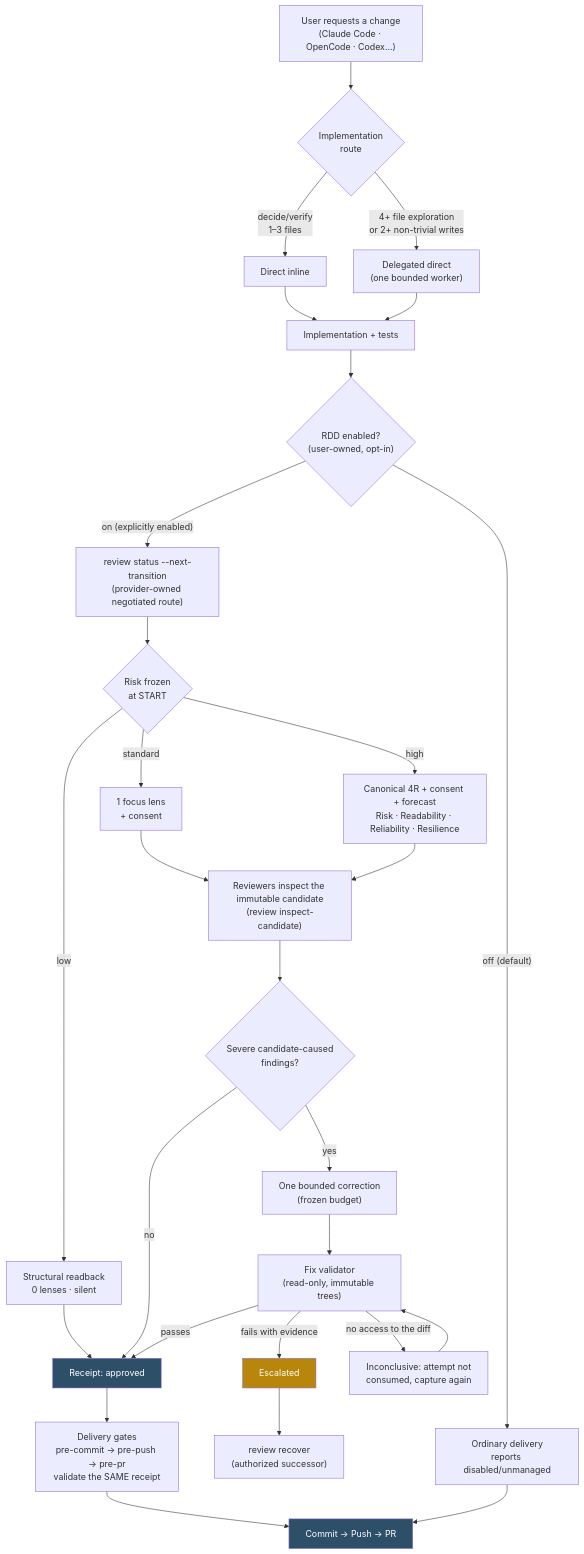
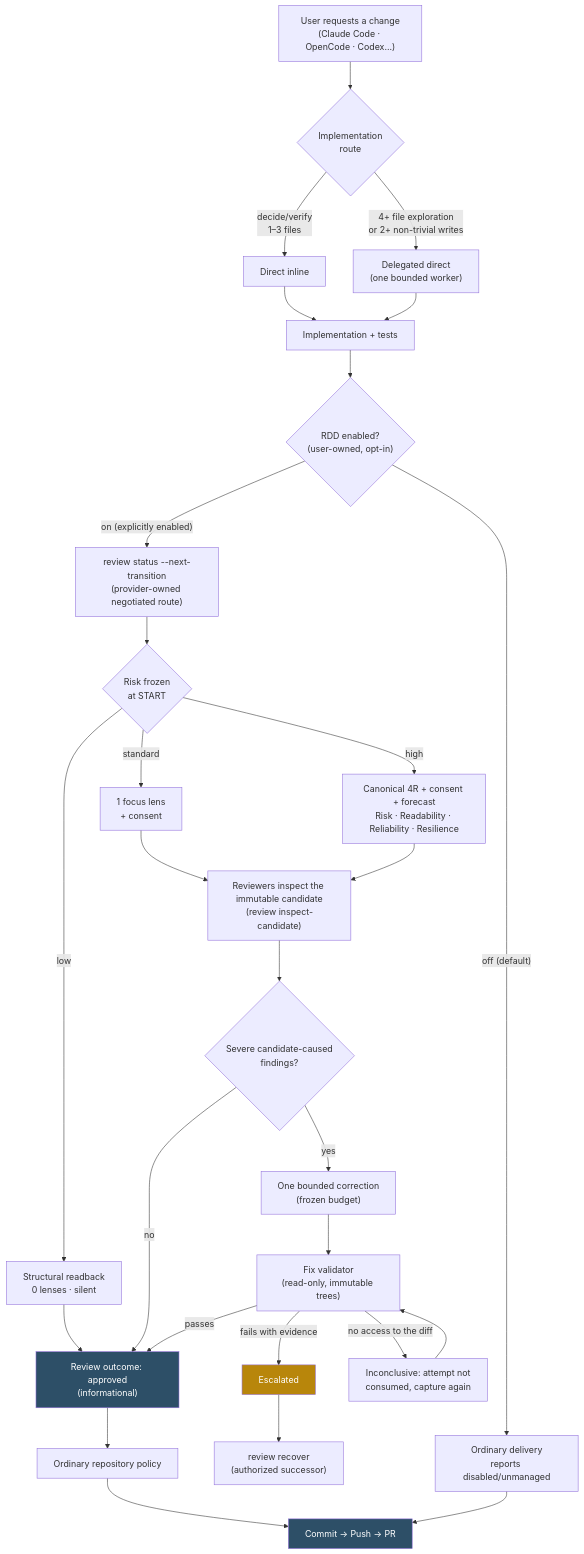
Before and after one commit to 0xErwin1/gentle-ai: the first of 2 diagrams in README.md, drawn with Mermaid. The commit also changed other lines of this file and 99 other files, not shown here.

````diff
--- a/README.md
+++ b/README.md
@@ -222,34 +222,34 @@
 ```mermaid
 flowchart TD
     A["User requests a change<br/>(Claude Code · OpenCode · Codex...)"] --> B{"Implementation<br/>route"}
     B -->|"decide/verify<br/>1–3 files"| C["Direct inline"]
     B -->|"4+ file exploration<br/>or 2+ non-trivial writes"| D["Delegated direct<br/>(one bounded worker)"]
     C --> E["Implementation + tests"]
     D --> E
     E --> F{"RDD enabled?<br/>(user-owned, opt-in)"}
     F -->|"off (default)"| Z["Ordinary delivery<br/>reports disabled/unmanaged"]
     F -->|"on (explicitly enabled)"| G["review status --next-transition<br/>(provider-owned negotiated route)"]
     G --> H{"Risk frozen<br/>at START"}
     H -->|"low"| I["Structural readback<br/>0 lenses · silent"]
     H -->|"standard"| J["1 focus lens<br/>+ consent"]
     H -->|"high"| K["Canonical 4R + consent + forecast<br/>Risk · Readability · Reliability · Resilience"]
     J --> L["Reviewers inspect the immutable candidate<br/>(review inspect-candidate)"]
     K --> L
     L --> M{"Severe candidate-caused<br/>findings?"}
-    I --> N["Receipt: approved"]
+    I --> N["Review outcome: approved<br/>(informational)"]
     M -->|"no"| N
     M -->|"yes"| O["One bounded correction<br/>(frozen budget)"]
     O --> P["Fix validator<br/>(read-only, immutable trees)"]
     P -->|"passes"| N
     P -->|"fails with evidence"| Q["Escalated"]
     P -->|"no access to the diff"| R["Inconclusive: attempt not<br/>consumed, capture again"]
     R --> P
     Q --> S["review recover<br/>(authorized successor)"]
-    N --> T["Delivery gates<br/>pre-commit → pre-push → pre-pr<br/>validate the SAME receipt"]
+    N --> T["Ordinary repository policy"]
     T --> U["Commit → Push → PR"]
     Z --> U
 
     style N fill:#2D4F67,color:#fff
     style Q fill:#B8860B,color:#fff
     style U fill:#2D4F67,color:#fff
 ```
````
